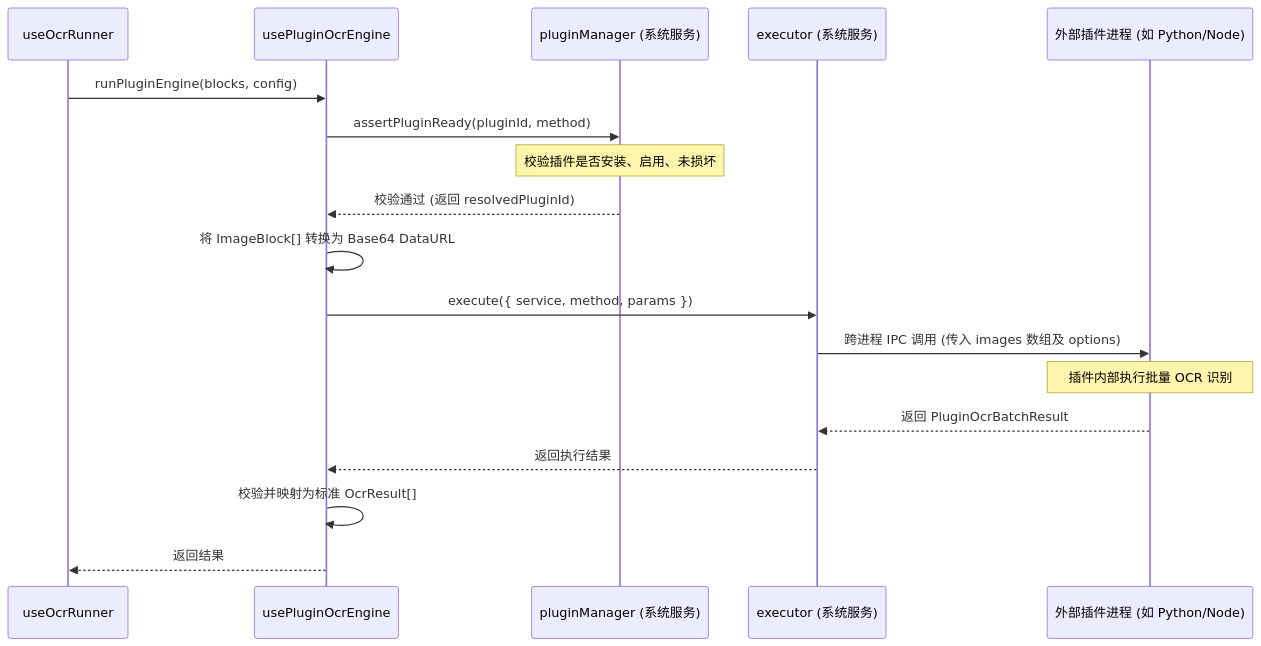
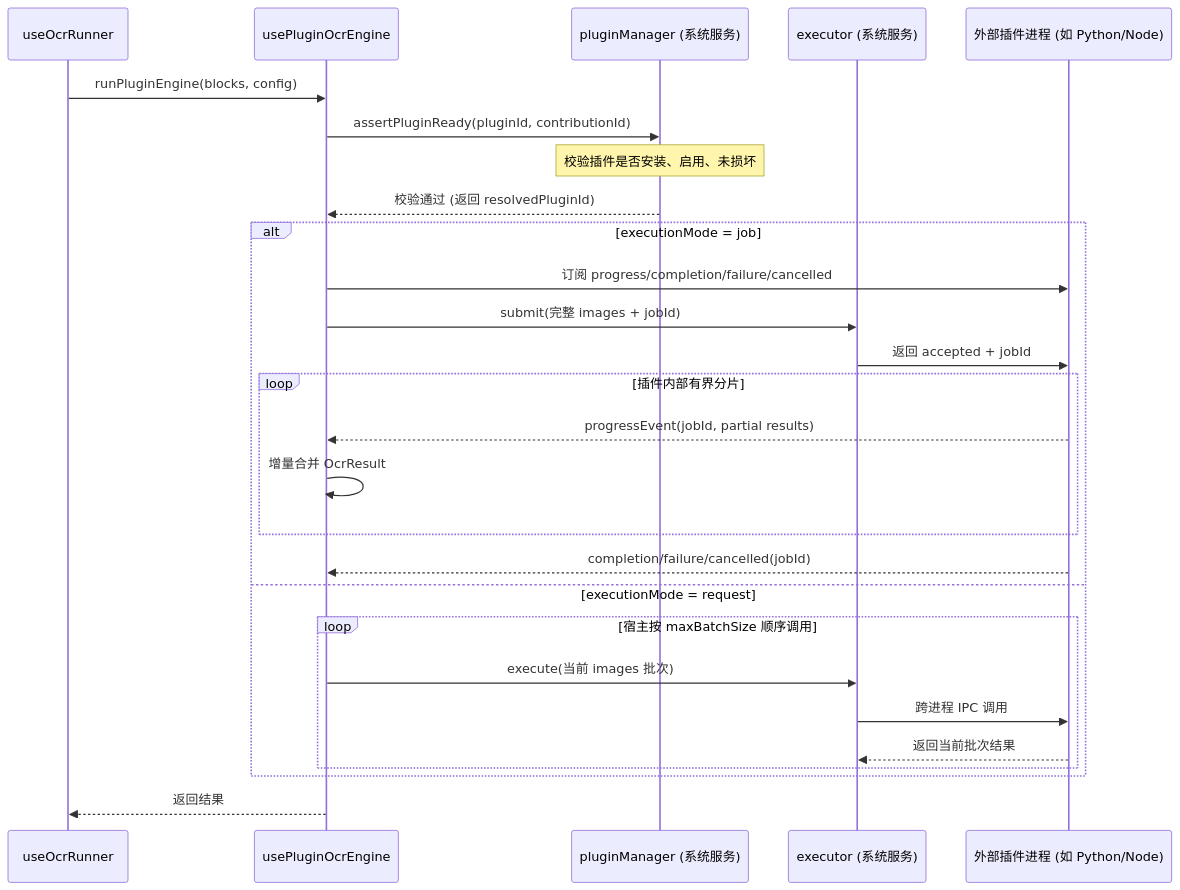
One commit to miaotouy/aio-hub changed the second of 2 diagrams in src/tools/smart-ocr/ARCHITECTURE.md. Above: the diagram before and after it, drawn with Mermaid. The commit also changed other lines of this file and 19 other files, not shown here.

````diff
--- a/src/tools/smart-ocr/ARCHITECTURE.md
+++ b/src/tools/smart-ocr/ARCHITECTURE.md
@@ -185,24 +185,31 @@
 ```mermaid
 sequenceDiagram
     participant Dispatcher as useOcrRunner
     participant Adapter as usePluginOcrEngine
     participant PM as pluginManager (系统服务)
     participant Executor as executor (系统服务)
     participant Plugin as 外部插件进程 (如 Python/Node)
 
     Dispatcher->>Adapter: runPluginEngine(blocks, config)
-    Adapter->>PM: assertPluginReady(pluginId, method)
+    Adapter->>PM: assertPluginReady(pluginId, contributionId)
     note over PM: 校验插件是否安装、启用、未损坏
     PM-->>Adapter: 校验通过 (返回 resolvedPluginId)
 
-    Adapter->>Adapter: 将 ImageBlock[] 转换为 Base64 DataURL
-    Adapter->>Executor: execute({ service, method, params })
-
-    Executor->>Plugin: 跨进程 IPC 调用 (传入 images 数组及 options)
-    note over Plugin: 插件内部执行批量 OCR 识别
-    Plugin-->>Executor: 返回 PluginOcrBatchResult
-
-    Executor-->>Adapter: 返回执行结果
-    Adapter->>Adapter: 校验并映射为标准 OcrResult[]
+    alt executionMode = job
+        Adapter->>Plugin: 订阅 progress/completion/failure/cancelled
+        Adapter->>Executor: submit(完整 images + jobId)
+        Executor->>Plugin: 返回 accepted + jobId
+        loop 插件内部有界分片
+            Plugin-->>Adapter: progressEvent(jobId, partial results)
+            Adapter->>Adapter: 增量合并 OcrResult
+        end
+        Plugin-->>Adapter: completion/failure/cancelled(jobId)
+    else executionMode = request
+        loop 宿主按 maxBatchSize 顺序调用
+            Adapter->>Executor: execute(当前 images 批次)
+            Executor->>Plugin: 跨进程 IPC 调用
+            Plugin-->>Executor: 返回当前批次结果
+        end
+    end
     Adapter-->>Dispatcher: 返回结果
 ```
````
